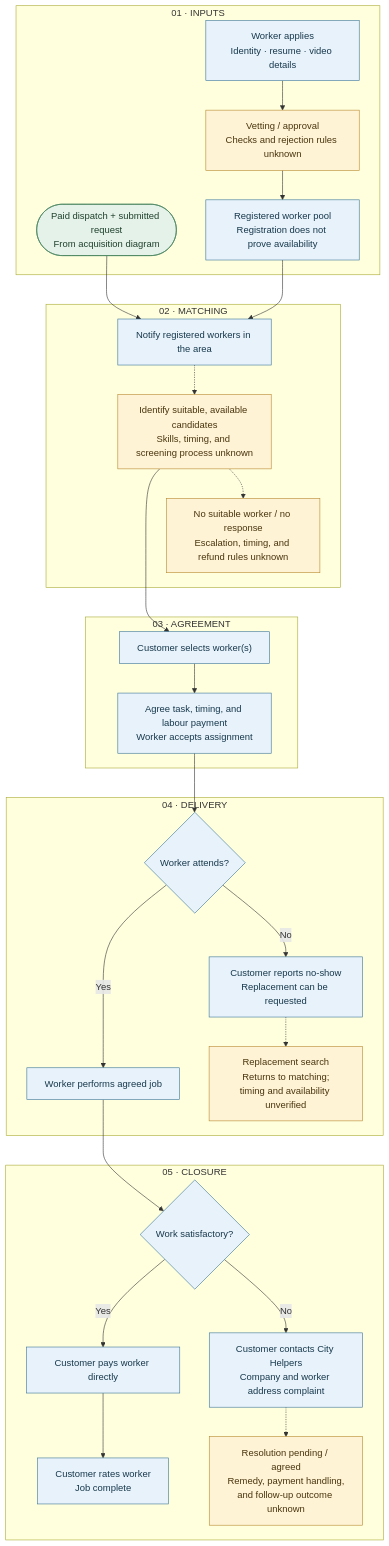
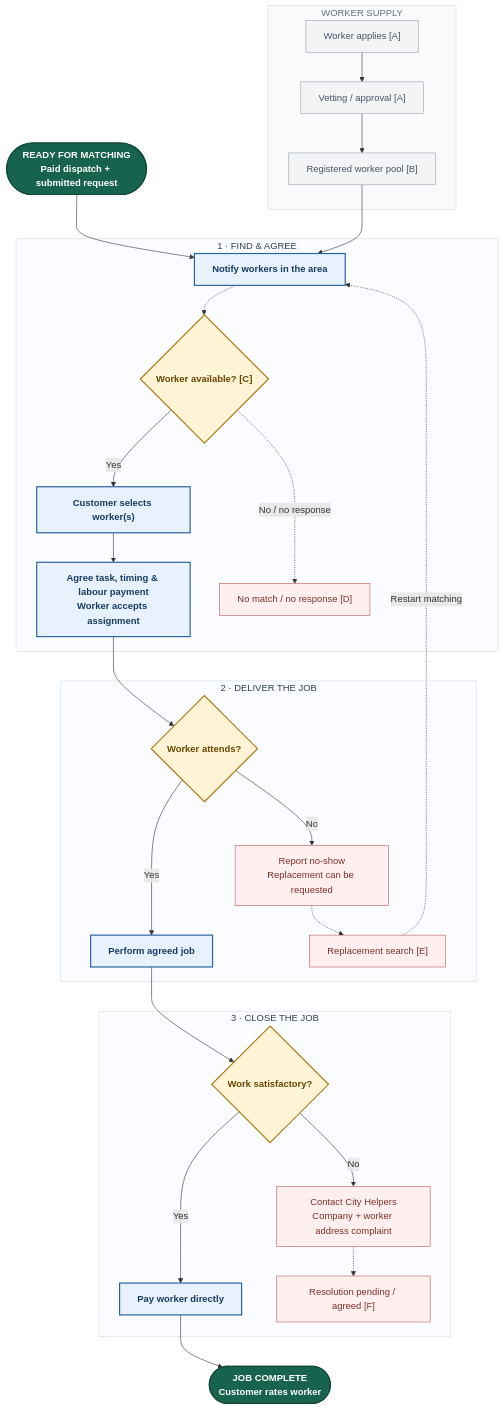
One commit to devdogfish/cityhelpers changed the diagram in raw/current-business/worker-matching.md. Above: the diagram before and after it, drawn with Mermaid. The commit also changed other lines of this file and 9 other files, not shown here.

````diff
--- a/raw/current-business/worker-matching.md
+++ b/raw/current-business/worker-matching.md
@@ -5,63 +5,65 @@
 ```mermaid
 flowchart TB
-    subgraph L1["01 · INPUTS"]
-        Input(["Paid dispatch + submitted request<br/>From acquisition diagram"])
-        Apply["Worker applies<br/>Identity · resume · video details"]
-        Vet["Vetting / approval<br/>Checks and rejection rules unknown"]
-        Pool["Registered worker pool<br/>Registration does not prove availability"]
+    Input(["READY FOR MATCHING<br/>Paid dispatch + submitted request"])
+    subgraph Supply["WORKER SUPPLY"]
+        Apply["Worker applies [A]"]
+        Vet["Vetting / approval [A]"]
+        Pool["Registered worker pool [B]"]
         Apply --> Vet --> Pool
     end
-
-    subgraph L2["02 · MATCHING"]
-        Notify["Notify registered workers in the area"]
-        Candidate["Identify suitable, available candidates<br/>Skills, timing, and screening process unknown"]
-        NoMatch["No suitable worker / no response<br/>Escalation, timing, and refund rules unknown"]
+    subgraph Match["1 · FIND & AGREE"]
+        Notify["Notify workers in the area"]
+        Candidate{"Worker available? [C]"}
+        Select["Customer selects worker(s)"]
+        Agree["Agree task, timing & labour payment<br/>Worker accepts assignment"]
+        NoMatch["No match / no response [D]"]
     end
-
-    subgraph L3["03 · AGREEMENT"]
-        Select["Customer selects worker(s)"]
-        Agree["Agree task, timing, and labour payment<br/>Worker accepts assignment"]
+    subgraph Deliver["2 · DELIVER THE JOB"]
+        Attend{"Worker attends?"}
+        Work["Perform agreed job"]
+        NoShow["Report no-show<br/>Replacement can be requested"]
+        Replacement["Replacement search [E]"]
     end
-
-    subgraph L4["04 · DELIVERY"]
-        Attend{"Worker attends?"}
-        Work["Worker performs agreed job"]
-        NoShow["Customer reports no-show<br/>Replacement can be requested"]
-        Replacement["Replacement search<br/>Returns to matching;<br/>timing and availability unverified"]
+    subgraph Close["3 · CLOSE THE JOB"]
+        Quality{"Work satisfactory?"}
+        Pay["Pay worker directly"]
+        Dispute["Contact City Helpers<br/>Company + worker address complaint"]
+        Resolution["Resolution pending / agreed [F]"]
     end
-
-    subgraph L5["05 · CLOSURE"]
-        Quality{"Work satisfactory?"}
-        Pay["Customer pays worker directly"]
-        Rate["Customer rates worker<br/>Job complete"]
-        Dispute["Customer contacts City Helpers<br/>Company and worker address complaint"]
-        Resolution["Resolution pending / agreed<br/>Remedy, payment handling,<br/>and follow-up outcome unknown"]
-    end
+    Complete(["JOB COMPLETE<br/>Customer rates worker"])
 
     Input --> Notify
     Pool --> Notify
     Notify -.-> Candidate
-    Candidate --> Select
-    Candidate -.-> NoMatch
+    Candidate -->|Yes| Select
+    Candidate -.->|No / no response| NoMatch
     Select --> Agree
     Agree --> Attend
-    Attend -->|"Yes"| Work
-    Attend -->|"No"| NoShow
+    Attend -->|Yes| Work
+    Attend -->|No| NoShow
     NoShow -.-> Replacement
+    Replacement -.->|Restart matching| Notify
     Work --> Quality
-    Quality -->|"Yes"| Pay
-    Pay --> Rate
-    Quality -->|"No"| Dispute
+    Quality -->|Yes| Pay
+    Pay --> Complete
+    Quality -->|No| Dispute
     Dispute -.-> Resolution
+    NoMatch ~~~ Attend
+    Replacement ~~~ Quality
+    Resolution ~~~ Complete
 
-    %% Invisible layout constraints preserve chronological layer boundaries.
-    NoMatch ~~~ Select
-    Replacement ~~~ Quality
-
-    classDef documented fill:#e8f2fa,stroke:#397497,color:#17394d;
-    classDef unknown fill:#fff3d6,stroke:#b7872c,color:#49350d;
-    classDef boundary fill:#e4f2e9,stroke:#45825d,color:#20412c;
-    class Apply,Pool,Notify,Select,Agree,Attend,Work,NoShow,Quality,Pay,Rate,Dispute documented;
-    class Vet,Candidate,NoMatch,Replacement,Resolution unknown;
-    class Input boundary;
+    classDef main fill:#e8f2ff,stroke:#2864a0,stroke-width:2px,color:#173b61,font-weight:bold;
+    classDef secondary fill:#f3f4f6,stroke:#98a2b3,color:#475467;
+    classDef decision fill:#fff4d6,stroke:#af7a15,stroke-width:2px,color:#684600,font-weight:bold;
+    classDef exception fill:#fff0ef,stroke:#b85b55,color:#7c302c;
+    classDef outcome fill:#17634d,stroke:#104a39,stroke-width:2px,color:#ffffff,font-weight:bold;
+    class Notify,Select,Agree,Work,Pay main;
+    class Apply,Vet,Pool secondary;
+    class Candidate,Attend,Quality decision;
+    class NoMatch,NoShow,Replacement,Dispute,Resolution exception;
+    class Input,Complete outcome;
+    style Supply fill:#f9fafb,stroke:#d0d5dd,color:#667085
+    style Match fill:#fafcff,stroke:#d2dce8,color:#344054
+    style Deliver fill:#fafcff,stroke:#d2dce8,color:#344054
+    style Close fill:#fafcff,stroke:#d2dce8,color:#344054
 ```
````
